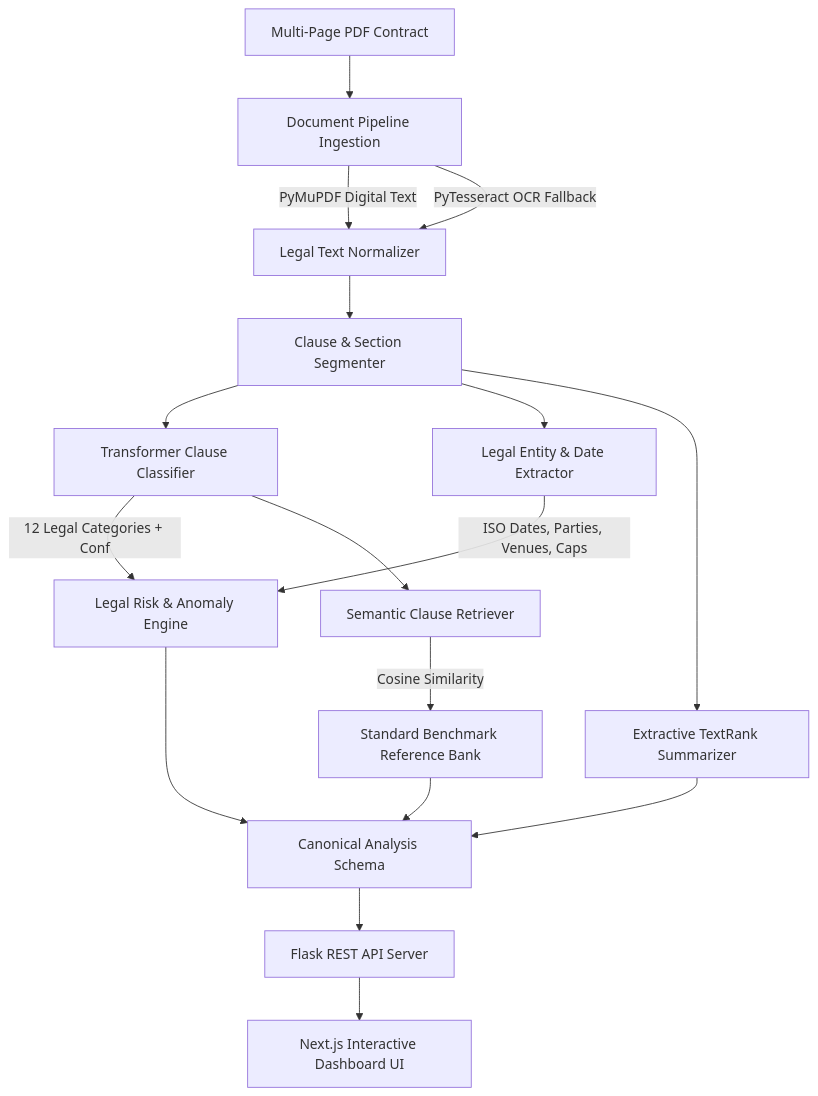
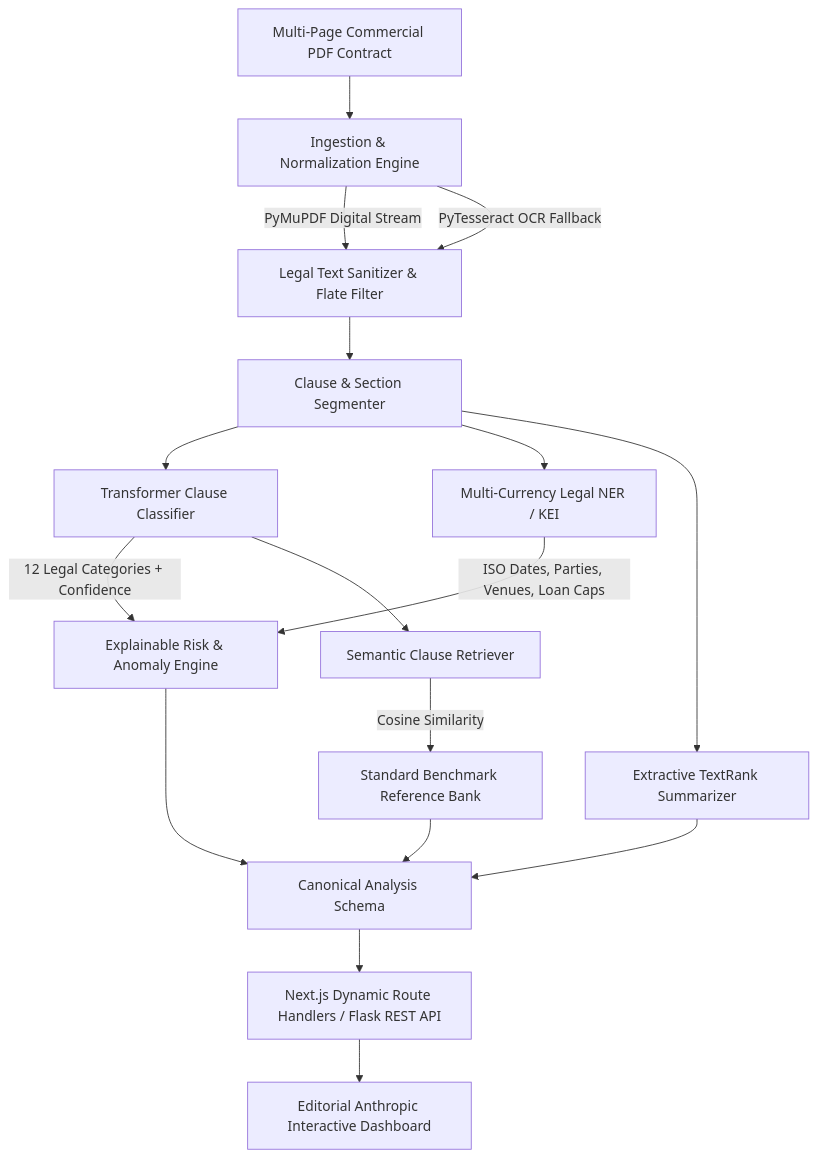
The diagram in README.md (chaurasia-aryan/PIWOT_LEGALADVISOR), drawn with Mermaid before and after one commit. The commit also changed other lines of this file, not shown here.

Commit message:
docs: customize README for GitHub with badges, screenshot showcase, and comprehensive architecture

````diff
--- a/README.md
+++ b/README.md
@@ -15,24 +50,24 @@
 ```mermaid
 flowchart TD
-    A[Multi-Page PDF Contract] --> B[Document Pipeline Ingestion]
-    B -->|PyMuPDF Digital Text| C[Legal Text Normalizer]
+    A[Multi-Page Commercial PDF Contract] --> B[Ingestion & Normalization Engine]
+    B -->|PyMuPDF Digital Stream| C[Legal Text Sanitizer & Flate Filter]
     B -->|PyTesseract OCR Fallback| C
     C --> D[Clause & Section Segmenter]
     
     D --> E[Transformer Clause Classifier]
-    D --> F[Legal Entity & Date Extractor]
+    D --> F[Multi-Currency Legal NER / KEI]
     D --> G[Extractive TextRank Summarizer]
     
-    E -->|12 Legal Categories + Conf| H[Legal Risk & Anomaly Engine]
-    F -->|ISO Dates, Parties, Venues, Caps| H
+    E -->|12 Legal Categories + Confidence| H[Explainable Risk & Anomaly Engine]
+    F -->|ISO Dates, Parties, Venues, Loan Caps| H
     
     E --> I[Semantic Clause Retriever]
     I -->|Cosine Similarity| J[Standard Benchmark Reference Bank]
     
     H --> K[Canonical Analysis Schema]
     G --> K
     J --> K
     
-    K --> L[Flask REST API Server]
-    L --> M[Next.js Interactive Dashboard UI]
+    K --> L[Next.js Dynamic Route Handlers / Flask REST API]
+    L --> M[Editorial Anthropic Interactive Dashboard]
 ```
````
